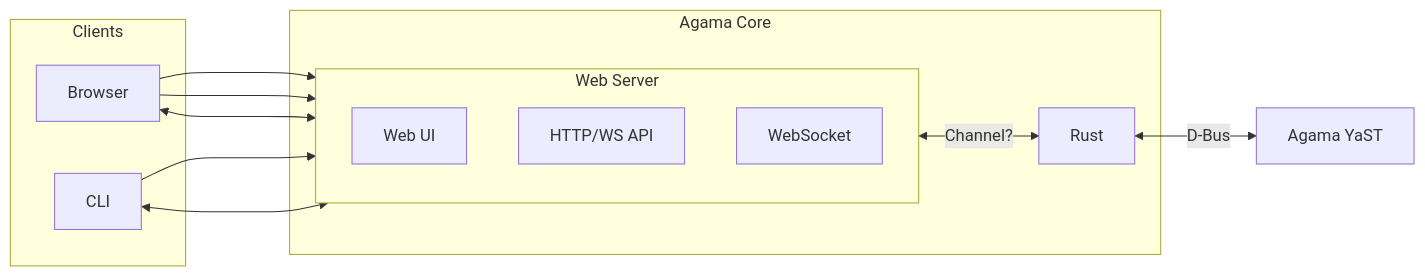
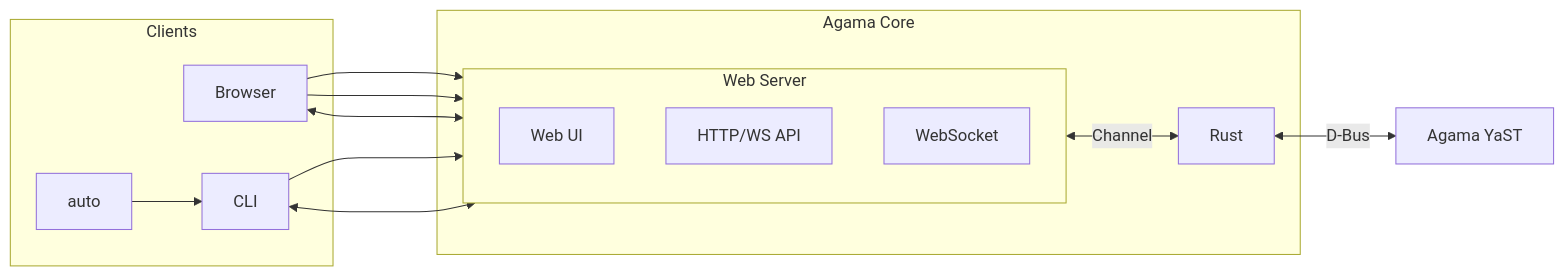
Before and after one commit to agama-project/agama: the second of 2 diagrams in doc/new_architecture.md, drawn with Mermaid. The commit also changed other lines of this file, not shown here.

````diff
--- a/doc/new_architecture.md
+++ b/doc/new_architecture.md
@@ -89,25 +94,27 @@
 ```mermaid
 flowchart LR
   subgraph Clients
     Browser
     CLI
+    auto
   end
 
   subgraph Agama Core
     subgraph Web["Web Server"]
       direction TB
       UI["Web UI"]
       API["HTTP/WS API"]
       WS["WebSocket"]
     end
 
-    Web <--"Channel?" --> Rust
+    Web <--"Channel" --> Rust
   end
   Rust <-- "D-Bus" --> YaST["Agama YaST"]
 
   Browser --> UI
   Browser --> API
   Browser <---> WS
   CLI --> API
   CLI <---> WS
+  auto --> CLI
 ```
````
